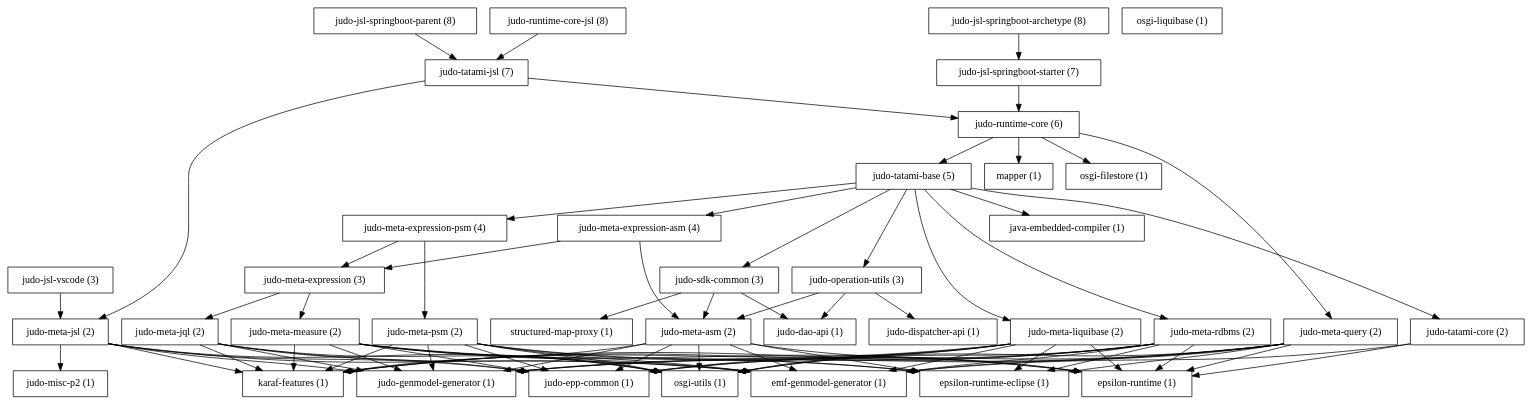
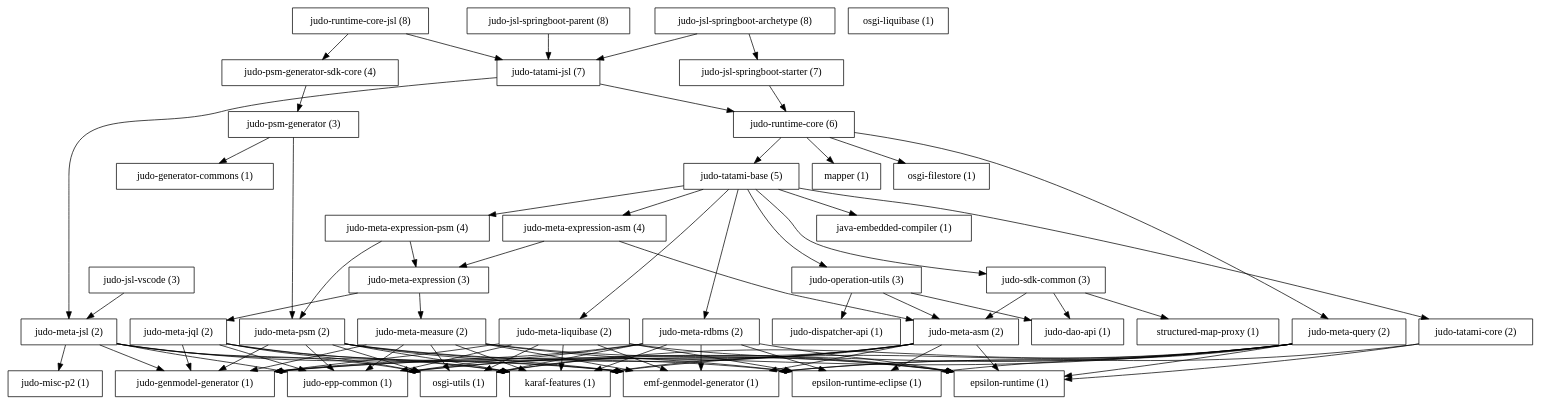
One commit to BlackBeltTechnology/judo-community changed the diagram in dependency.dot. Above: the diagram before and after it, drawn with Graphviz. The commit also changed 3 other files, not shown here.

Commit message:
JNG-4327 Add judo-generator-commons (#14)

```diff
--- a/dependency.dot
+++ b/dependency.dot
@@ -1,125 +1,133 @@
 strict digraph  {
 "epsilon-runtime (1)" [label="epsilon-runtime (1)", shape=box];
 "epsilon-runtime-eclipse (1)" [label="epsilon-runtime-eclipse (1)", shape=box];
 "emf-genmodel-generator (1)" [label="emf-genmodel-generator (1)", shape=box];
 "judo-genmodel-generator (1)" [label="judo-genmodel-generator (1)", shape=box];
 "judo-epp-common (1)" [label="judo-epp-common (1)", shape=box];
 "osgi-utils (1)" [label="osgi-utils (1)", shape=box];
 "java-embedded-compiler (1)" [label="java-embedded-compiler (1)", shape=box];
 "structured-map-proxy (1)" [label="structured-map-proxy (1)", shape=box];
 "karaf-features (1)" [label="karaf-features (1)", shape=box];
 "mapper (1)" [label="mapper (1)", shape=box];
 "osgi-liquibase (1)" [label="osgi-liquibase (1)", shape=box];
 "osgi-filestore (1)" [label="osgi-filestore (1)", shape=box];
 "judo-misc-p2 (1)" [label="judo-misc-p2 (1)", shape=box];
 "judo-dao-api (1)" [label="judo-dao-api (1)", shape=box];
 "judo-dispatcher-api (1)" [label="judo-dispatcher-api (1)", shape=box];
 "judo-jsl-vscode (3)" [label="judo-jsl-vscode (3)", shape=box];
 "judo-meta-asm (2)" [label="judo-meta-asm (2)", shape=box];
 "judo-meta-expression (3)" [label="judo-meta-expression (3)", shape=box];
 "judo-meta-expression-asm (4)" [label="judo-meta-expression-asm (4)", shape=box];
 "judo-meta-expression-psm (4)" [label="judo-meta-expression-psm (4)", shape=box];
 "judo-meta-jql (2)" [label="judo-meta-jql (2)", shape=box];
 "judo-meta-jsl (2)" [label="judo-meta-jsl (2)", shape=box];
 "judo-meta-liquibase (2)" [label="judo-meta-liquibase (2)", shape=box];
 "judo-meta-measure (2)" [label="judo-meta-measure (2)", shape=box];
 "judo-meta-psm (2)" [label="judo-meta-psm (2)", shape=box];
 "judo-meta-query (2)" [label="judo-meta-query (2)", shape=box];
 "judo-meta-rdbms (2)" [label="judo-meta-rdbms (2)", shape=box];
 "judo-operation-utils (3)" [label="judo-operation-utils (3)", shape=box];
 "judo-runtime-core (6)" [label="judo-runtime-core (6)", shape=box];
 "judo-runtime-core-jsl (8)" [label="judo-runtime-core-jsl (8)", shape=box];
 "judo-sdk-common (3)" [label="judo-sdk-common (3)", shape=box];
 "judo-tatami-base (5)" [label="judo-tatami-base (5)", shape=box];
 "judo-tatami-core (2)" [label="judo-tatami-core (2)", shape=box];
 "judo-tatami-jsl (7)" [label="judo-tatami-jsl (7)", shape=box];
 "judo-jsl-springboot-parent (8)" [label="judo-jsl-springboot-parent (8)", shape=box];
 "judo-jsl-springboot-starter (7)" [label="judo-jsl-springboot-starter (7)", shape=box];
 "judo-jsl-springboot-archetype (8)" [label="judo-jsl-springboot-archetype (8)", shape=box];
+"judo-psm-generator (3)" [label="judo-psm-generator (3)", shape=box];
+"judo-psm-generator-sdk-core (4)" [label="judo-psm-generator-sdk-core (4)", shape=box];
+"judo-generator-commons (1)" [label="judo-generator-commons (1)", shape=box];
 "judo-jsl-vscode (3)" -> "judo-meta-jsl (2)";
+"judo-meta-asm (2)" -> "emf-genmodel-generator (1)";
 "judo-meta-asm (2)" -> "karaf-features (1)";
+"judo-meta-asm (2)" -> "epsilon-runtime-eclipse (1)";
+"judo-meta-asm (2)" -> "osgi-utils (1)";
 "judo-meta-asm (2)" -> "epsilon-runtime (1)";
-"judo-meta-asm (2)" -> "epsilon-runtime-eclipse (1)";
 "judo-meta-asm (2)" -> "judo-genmodel-generator (1)";
-"judo-meta-asm (2)" -> "emf-genmodel-generator (1)";
 "judo-meta-asm (2)" -> "judo-epp-common (1)";
-"judo-meta-asm (2)" -> "osgi-utils (1)";
 "judo-meta-expression (3)" -> "judo-meta-jql (2)";
 "judo-meta-expression (3)" -> "judo-meta-measure (2)";
+"judo-meta-expression-asm (4)" -> "judo-meta-asm (2)";
 "judo-meta-expression-asm (4)" -> "judo-meta-expression (3)";
-"judo-meta-expression-asm (4)" -> "judo-meta-asm (2)";
+"judo-meta-expression-psm (4)" -> "judo-meta-psm (2)";
 "judo-meta-expression-psm (4)" -> "judo-meta-expression (3)";
-"judo-meta-expression-psm (4)" -> "judo-meta-psm (2)";
+"judo-meta-jql (2)" -> "emf-genmodel-generator (1)";
 "judo-meta-jql (2)" -> "karaf-features (1)";
+"judo-meta-jql (2)" -> "osgi-utils (1)";
 "judo-meta-jql (2)" -> "judo-genmodel-generator (1)";
-"judo-meta-jql (2)" -> "emf-genmodel-generator (1)";
 "judo-meta-jql (2)" -> "judo-epp-common (1)";
-"judo-meta-jql (2)" -> "osgi-utils (1)";
+"judo-meta-jsl (2)" -> "emf-genmodel-generator (1)";
 "judo-meta-jsl (2)" -> "karaf-features (1)";
+"judo-meta-jsl (2)" -> "osgi-utils (1)";
 "judo-meta-jsl (2)" -> "judo-genmodel-generator (1)";
+"judo-meta-jsl (2)" -> "judo-epp-common (1)";
 "judo-meta-jsl (2)" -> "judo-misc-p2 (1)";
-"judo-meta-jsl (2)" -> "emf-genmodel-generator (1)";
-"judo-meta-jsl (2)" -> "judo-epp-common (1)";
-"judo-meta-jsl (2)" -> "osgi-utils (1)";
+"judo-meta-liquibase (2)" -> "emf-genmodel-generator (1)";
 "judo-meta-liquibase (2)" -> "karaf-features (1)";
+"judo-meta-liquibase (2)" -> "epsilon-runtime-eclipse (1)";
+"judo-meta-liquibase (2)" -> "osgi-utils (1)";
 "judo-meta-liquibase (2)" -> "epsilon-runtime (1)";
-"judo-meta-liquibase (2)" -> "epsilon-runtime-eclipse (1)";
 "judo-meta-liquibase (2)" -> "judo-genmodel-generator (1)";
-"judo-meta-liquibase (2)" -> "emf-genmodel-generator (1)";
 "judo-meta-liquibase (2)" -> "judo-epp-common (1)";
-"judo-meta-liquibase (2)" -> "osgi-utils (1)";
+"judo-meta-measure (2)" -> "emf-genmodel-generator (1)";
 "judo-meta-measure (2)" -> "karaf-features (1)";
+"judo-meta-measure (2)" -> "epsilon-runtime-eclipse (1)";
+"judo-meta-measure (2)" -> "osgi-utils (1)";
 "judo-meta-measure (2)" -> "epsilon-runtime (1)";
-"judo-meta-measure (2)" -> "epsilon-runtime-eclipse (1)";
 "judo-meta-measure (2)" -> "judo-genmodel-generator (1)";
-"judo-meta-measure (2)" -> "emf-genmodel-generator (1)";
 "judo-meta-measure (2)" -> "judo-epp-common (1)";
-"judo-meta-measure (2)" -> "osgi-utils (1)";
+"judo-meta-psm (2)" -> "emf-genmodel-generator (1)";
 "judo-meta-psm (2)" -> "karaf-features (1)";
+"judo-meta-psm (2)" -> "epsilon-runtime-eclipse (1)";
+"judo-meta-psm (2)" -> "osgi-utils (1)";
 "judo-meta-psm (2)" -> "epsilon-runtime (1)";
-"judo-meta-psm (2)" -> "epsilon-runtime-eclipse (1)";
 "judo-meta-psm (2)" -> "judo-genmodel-generator (1)";
-"judo-meta-psm (2)" -> "emf-genmodel-generator (1)";
 "judo-meta-psm (2)" -> "judo-epp-common (1)";
-"judo-meta-psm (2)" -> "osgi-utils (1)";
+"judo-meta-query (2)" -> "emf-genmodel-generator (1)";
 "judo-meta-query (2)" -> "karaf-features (1)";
+"judo-meta-query (2)" -> "epsilon-runtime-eclipse (1)";
+"judo-meta-query (2)" -> "osgi-utils (1)";
 "judo-meta-query (2)" -> "epsilon-runtime (1)";
-"judo-meta-query (2)" -> "epsilon-runtime-eclipse (1)";
 "judo-meta-query (2)" -> "judo-genmodel-generator (1)";
-"judo-meta-query (2)" -> "emf-genmodel-generator (1)";
 "judo-meta-query (2)" -> "judo-epp-common (1)";
-"judo-meta-query (2)" -> "osgi-utils (1)";
+"judo-meta-rdbms (2)" -> "emf-genmodel-generator (1)";
 "judo-meta-rdbms (2)" -> "karaf-features (1)";
+"judo-meta-rdbms (2)" -> "epsilon-runtime-eclipse (1)";
+"judo-meta-rdbms (2)" -> "osgi-utils (1)";
 "judo-meta-rdbms (2)" -> "epsilon-runtime (1)";
-"judo-meta-rdbms (2)" -> "epsilon-runtime-eclipse (1)";
 "judo-meta-rdbms (2)" -> "judo-genmodel-generator (1)";
-"judo-meta-rdbms (2)" -> "emf-genmodel-generator (1)";
 "judo-meta-rdbms (2)" -> "judo-epp-common (1)";
-"judo-meta-rdbms (2)" -> "osgi-utils (1)";
 "judo-operation-utils (3)" -> "judo-meta-asm (2)";
 "judo-operation-utils (3)" -> "judo-dispatcher-api (1)";
 "judo-operation-utils (3)" -> "judo-dao-api (1)";
+"judo-runtime-core (6)" -> "judo-meta-query (2)";
 "judo-runtime-core (6)" -> "judo-tatami-base (5)";
 "judo-runtime-core (6)" -> "mapper (1)";
 "judo-runtime-core (6)" -> "osgi-filestore (1)";
-"judo-runtime-core (6)" -> "judo-meta-query (2)";
+"judo-runtime-core-jsl (8)" -> "judo-psm-generator-sdk-core (4)";
 "judo-runtime-core-jsl (8)" -> "judo-tatami-jsl (7)";
+"judo-sdk-common (3)" -> "structured-map-proxy (1)";
 "judo-sdk-common (3)" -> "judo-meta-asm (2)";
 "judo-sdk-common (3)" -> "judo-dao-api (1)";
-"judo-sdk-common (3)" -> "structured-map-proxy (1)";
+"judo-tatami-base (5)" -> "judo-meta-expression-asm (4)";
+"judo-tatami-base (5)" -> "judo-meta-expression-psm (4)";
+"judo-tatami-base (5)" -> "judo-meta-liquibase (2)";
+"judo-tatami-base (5)" -> "judo-meta-rdbms (2)";
 "judo-tatami-base (5)" -> "judo-operation-utils (3)";
 "judo-tatami-base (5)" -> "java-embedded-compiler (1)";
-"judo-tatami-base (5)" -> "judo-meta-expression-asm (4)";
+"judo-tatami-base (5)" -> "judo-sdk-common (3)";
 "judo-tatami-base (5)" -> "judo-tatami-core (2)";
-"judo-tatami-base (5)" -> "judo-meta-liquibase (2)";
-"judo-tatami-base (5)" -> "judo-meta-rdbms (2)";
-"judo-tatami-base (5)" -> "judo-meta-expression-psm (4)";
-"judo-tatami-base (5)" -> "judo-sdk-common (3)";
 "judo-tatami-core (2)" -> "emf-genmodel-generator (1)";
 "judo-tatami-core (2)" -> "epsilon-runtime (1)";
+"judo-tatami-jsl (7)" -> "judo-meta-jsl (2)";
 "judo-tatami-jsl (7)" -> "judo-runtime-core (6)";
-"judo-tatami-jsl (7)" -> "judo-meta-jsl (2)";
 "judo-jsl-springboot-parent (8)" -> "judo-tatami-jsl (7)";
 "judo-jsl-springboot-starter (7)" -> "judo-runtime-core (6)";
+"judo-jsl-springboot-archetype (8)" -> "judo-tatami-jsl (7)";
 "judo-jsl-springboot-archetype (8)" -> "judo-jsl-springboot-starter (7)";
+"judo-psm-generator (3)" -> "judo-generator-commons (1)";
+"judo-psm-generator (3)" -> "judo-meta-psm (2)";
+"judo-psm-generator-sdk-core (4)" -> "judo-psm-generator (3)";
 }
```
